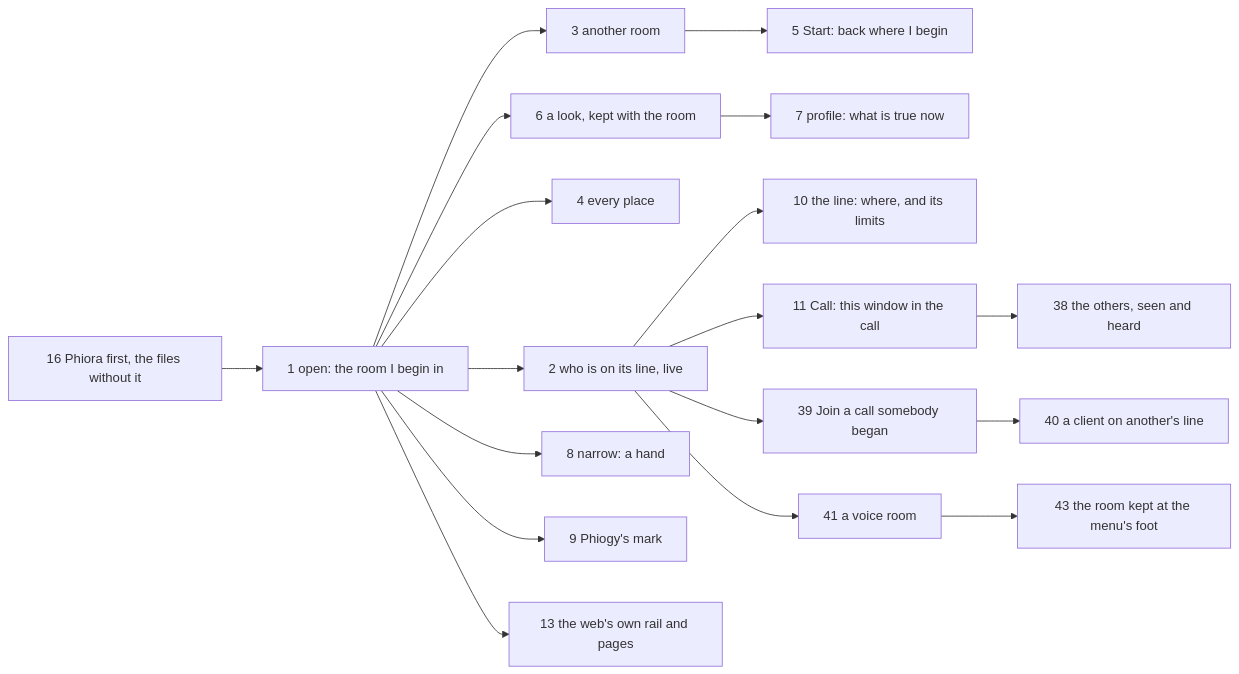
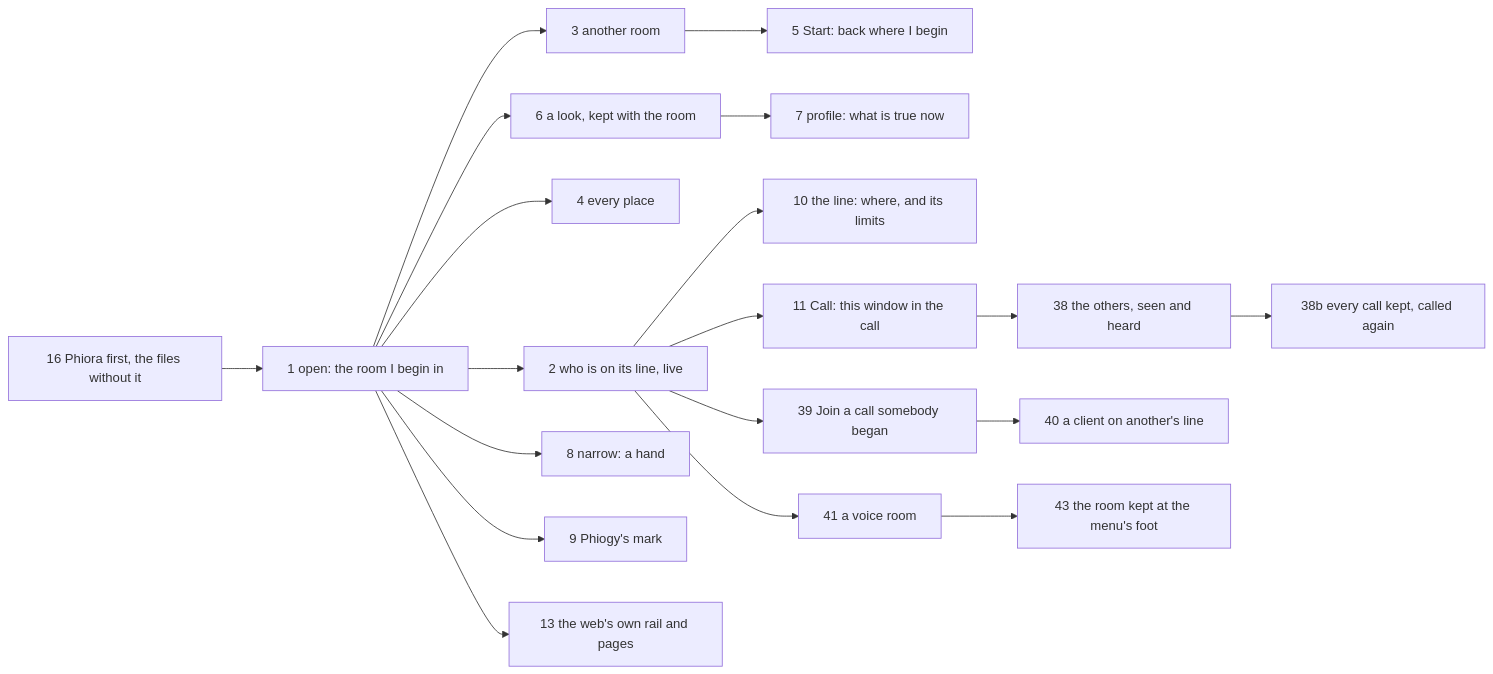
Before and after one commit to gemphi/phikit: the first of 5 diagrams in crates/appkit/app/phiogy/FLOW.md, drawn with Mermaid. The commit also changed other lines of this file and 16 other files, not shown here.

First line of the commit message:
Phiogy: every call kept, the room's Calls tab of player cards

````diff
--- a/crates/appkit/app/phiogy/FLOW.md
+++ b/crates/appkit/app/phiogy/FLOW.md
@@ -109,20 +110,21 @@
 ```mermaid
 graph LR
     s16["16 Phiora first, the files without it"] --> s1["1 open: the room I begin in"]
     s1 --> s2["2 who is on its line, live"]
     s1 --> s3["3 another room"]
     s1 --> s4["4 every place"]
     s1 --> s6["6 a look, kept with the room"]
     s1 --> s8["8 narrow: a hand"]
     s1 --> s9["9 Phiogy's mark"]
     s1 --> s13["13 the web's own rail and pages"]
     s3 --> s5["5 Start: back where I begin"]
     s6 --> s7["7 profile: what is true now"]
     s2 --> s10["10 the line: where, and its limits"]
     s2 --> s11["11 Call: this window in the call"]
     s11 --> s38["38 the others, seen and heard"]
+    s38 --> s38b["38b every call kept, called again"]
     s2 --> s39["39 Join a call somebody began"]
     s39 --> s40["40 a client on another's line"]
     s2 --> s41["41 a voice room"]
     s41 --> s43["43 the room kept at the menu's foot"]
 ```
````
